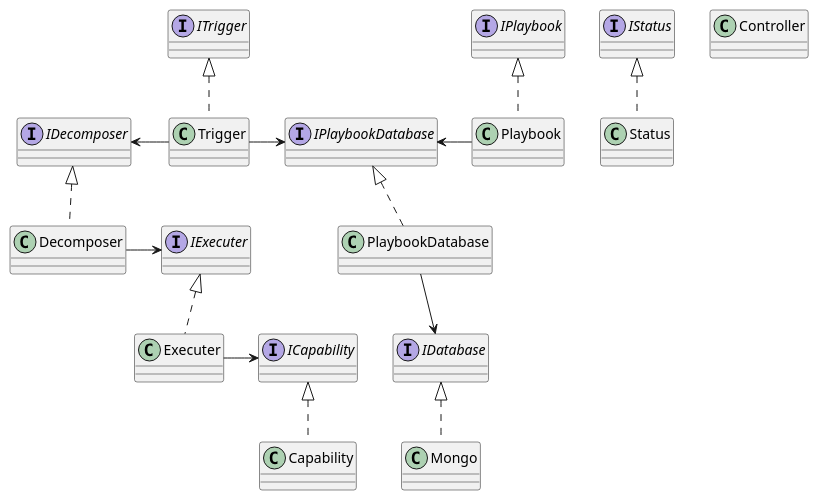
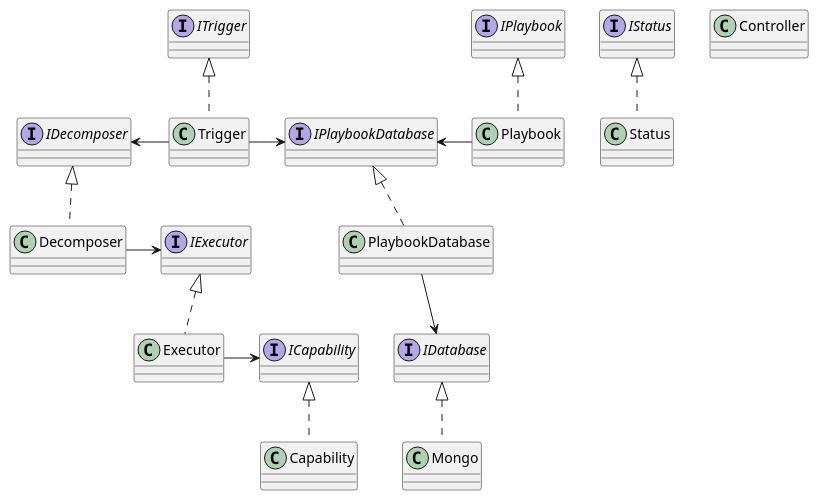
Before and after one commit to COSSAS/SOARCA: the second of 4 diagrams in docs/content/en/docs/core-components/soarca-application-design.md, drawn with PlantUML. The commit also changed other lines of this file and 16 other files, not shown here.

Commit message:
SOARCA-179: Fix spelling mistake 'executer' -> 'executor'

````diff
--- a/docs/content/en/docs/core-components/soarca-application-design.md
+++ b/docs/content/en/docs/core-components/soarca-application-design.md
@@ -96,37 +96,37 @@
 ```plantuml
 @startuml
 
 interface IPlaybook
 interface IStatus
 interface ITrigger
 Interface IPlaybookDatabase
 Interface IDatabase
 Interface ICapability
 Interface IDecomposer
-Interface IExecuter
+Interface IExecutor
 
 class Controller
 class Decomposer
 class PlaybookDatabase
 class Status
 class Mongo
 class Capability
-Class Executer
+Class Executor
 
 
 IPlaybook <|.. Playbook
 ITrigger <|.. Trigger
 IStatus <|.. Status
 ICapability <|.. Capability
-IExecuter <|.. Executer
+IExecutor <|.. Executor
 Trigger -> IPlaybookDatabase
 IPlaybookDatabase <- Playbook
 IPlaybookDatabase <|.. PlaybookDatabase
 IDatabase <-up- PlaybookDatabase
 IDatabase <|.. Mongo
 IDecomposer <- Trigger
 IDecomposer <|.. Decomposer
-IExecuter <- Decomposer
-ICapability <- Executer
+IExecutor <- Decomposer
+ICapability <- Executor
 @enduml
 ```
````
